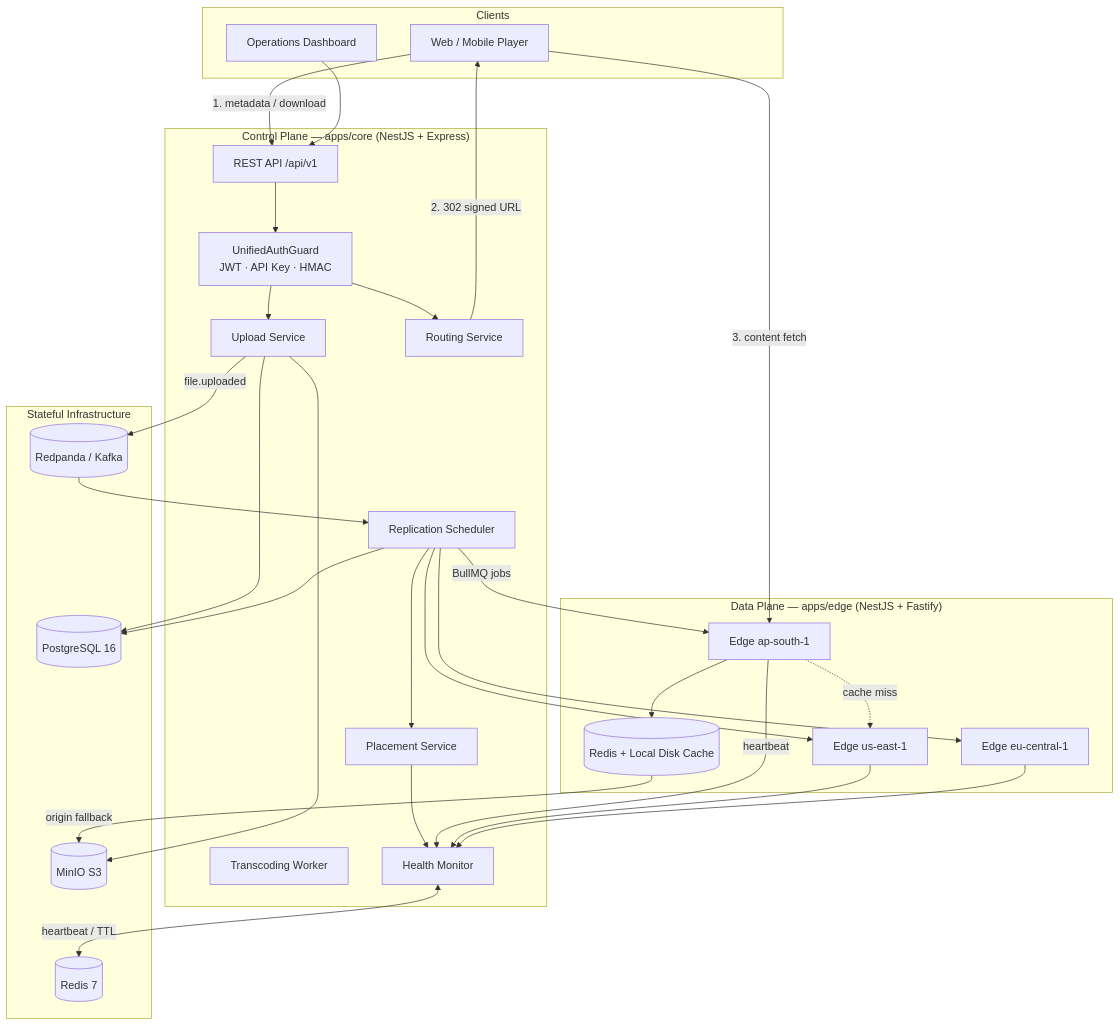
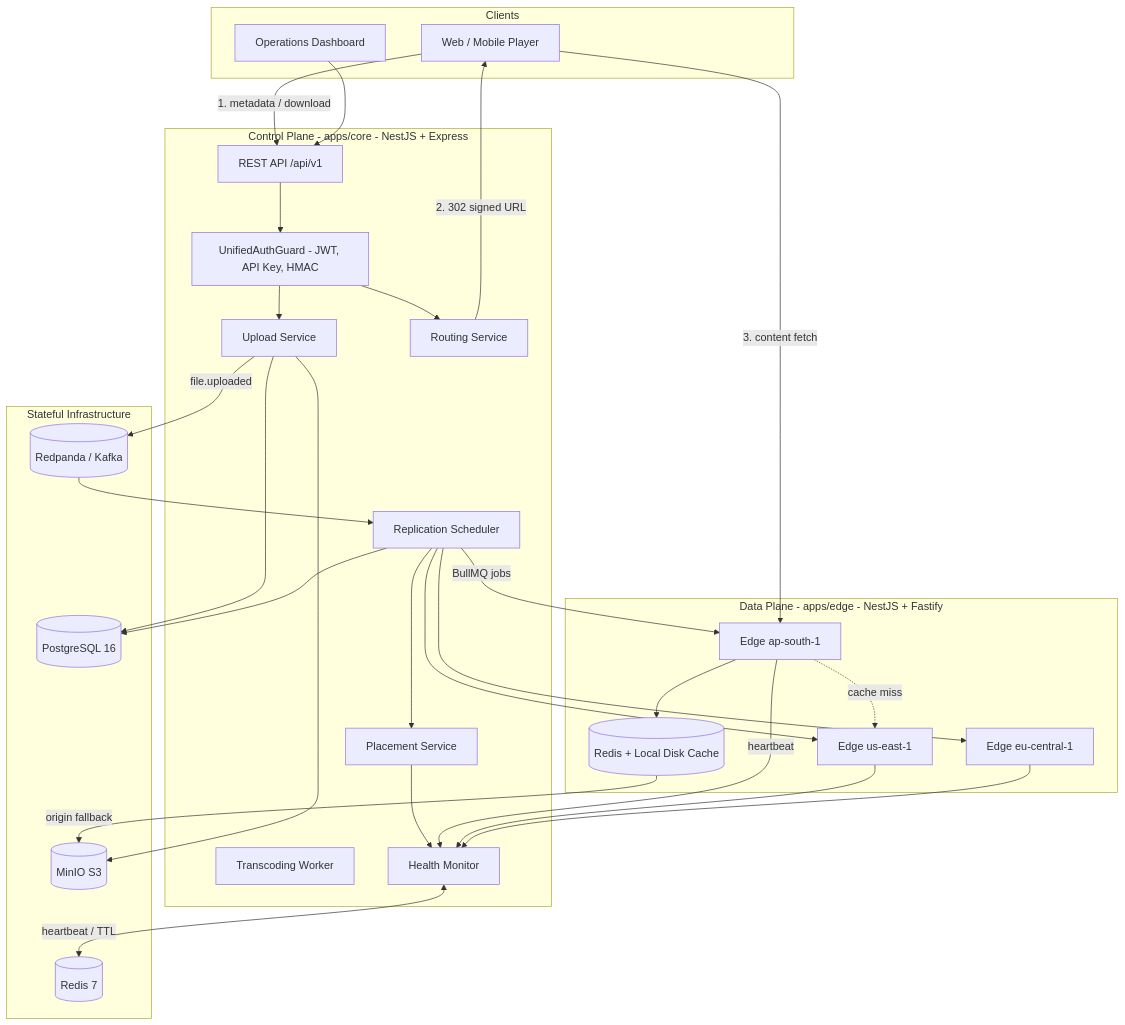
The first of 8 diagrams in README.md (SyncWithRaj/pravah), drawn with Mermaid before and after one commit. The commit also changed other lines of this file and 5 other files, not shown here.

Commit message:
fix: update MinIO image to Chainguard, fix compose permissions, and fix Mermaid diagrams in README

````diff
--- a/README.md
+++ b/README.md
@@ -66,58 +66,58 @@
 ```mermaid
 flowchart TB
     subgraph Clients["Clients"]
         PLAYER["Web / Mobile Player"]
         DASH["Operations Dashboard"]
     end
 
-    subgraph Core["Control Plane — apps/core (NestJS + Express)"]
+    subgraph Core["Control Plane - apps/core - NestJS + Express"]
         API["REST API /api/v1"]
-        GUARD["UnifiedAuthGuard<br/>JWT · API Key · HMAC"]
+        GUARD["UnifiedAuthGuard - JWT, API Key, HMAC"]
         UPLOAD["Upload Service"]
         ROUTE["Routing Service"]
         PLACE["Placement Service"]
         REPLICATE["Replication Scheduler"]
         TRANSCODE["Transcoding Worker"]
         HEALTH["Health Monitor"]
     end
 
-    subgraph Edge["Data Plane — apps/edge (NestJS + Fastify)"]
+    subgraph Edge["Data Plane - apps/edge - NestJS + Fastify"]
         E1["Edge ap-south-1"]
         E2["Edge us-east-1"]
         E3["Edge eu-central-1"]
         CACHE[("Redis + Local Disk Cache")]
     end
 
     subgraph Storage["Stateful Infrastructure"]
         PG[("PostgreSQL 16")]
         REDIS[("Redis 7")]
         KAFKA[("Redpanda / Kafka")]
         MINIO[("MinIO S3")]
     end
 
     PLAYER -->|"1. metadata / download"| API
     DASH --> API
     API --> GUARD
     GUARD --> UPLOAD
     GUARD --> ROUTE
     ROUTE -->|"2. 302 signed URL"| PLAYER
     PLAYER -->|"3. content fetch"| E1
     E1 --> CACHE
     E1 -.->|"cache miss"| E2
     CACHE -->|"origin fallback"| MINIO
 
     UPLOAD --> PG
     UPLOAD --> MINIO
     UPLOAD -->|"file.uploaded"| KAFKA
     KAFKA --> REPLICATE
     REPLICATE -->|"BullMQ jobs"| E1
     REPLICATE --> E2
     REPLICATE --> E3
     REPLICATE --> PG
     REPLICATE --> PLACE
     PLACE --> HEALTH
     HEALTH <-->|"heartbeat / TTL"| REDIS
     E1 -->|"heartbeat"| HEALTH
     E2 --> HEALTH
     E3 --> HEALTH
 ```
````
